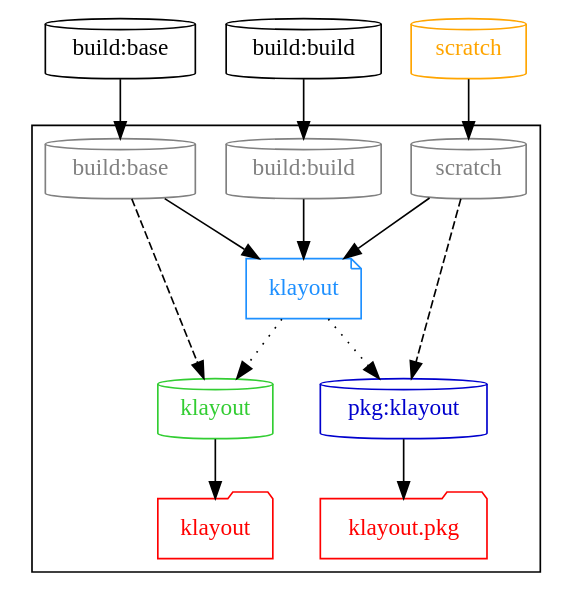
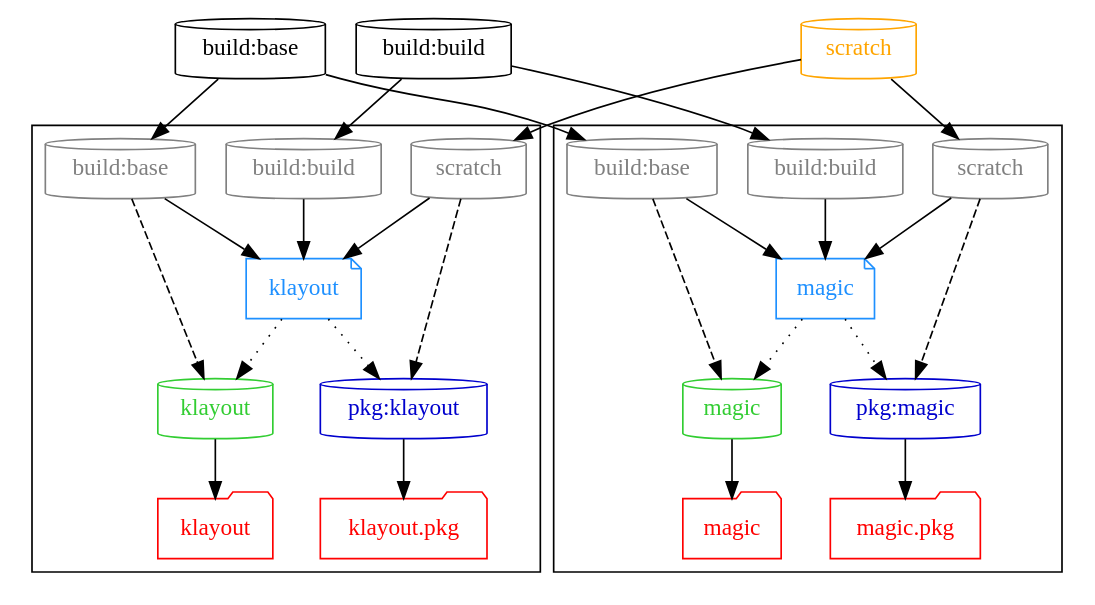
Before and after one commit to hdl/containers: the diagram in graph/asic.dot, drawn with Graphviz. The commit also changed 1 other file, not shown here.

Commit message:
doc: add magic to graphs

```diff
--- a/graph/asic.dot
+++ b/graph/asic.dot
@@ -1,94 +1,126 @@
 # Authors:
 #   Unai Martinez-Corral
 #
 # Copyright 2021 Unai Martinez-Corral <unai.martinezcorral@ehu.eus>
 #
 # Licensed under the Apache License, Version 2.0 (the "License");
 # you may not use this file except in compliance with the License.
 # You may obtain a copy of the License at
 #
 #     http://www.apache.org/licenses/LICENSE-2.0
 #
 # Unless required by applicable law or agreed to in writing, software
 # distributed under the License is distributed on an "AS IS" BASIS,
 # WITHOUT WARRANTIES OR CONDITIONS OF ANY KIND, either express or implied.
 # See the License for the specific language governing permissions and
 # limitations under the License.
 #
 # SPDX-License-Identifier: Apache-2.0
 
 digraph G {
 
   #splines=polyline; #curved
   newrank=true;
 
   # Dockerfiles
 
   { node [shape=note, color=dodgerblue, fontcolor=dodgerblue]
-    d_klayout   [label="klayout"];
+    d_klayout [label="klayout"];
+    d_magic [label="magic"];
   }
 
   # Images
 
   { node [shape=cylinder]
     "build:build"
     "build:base"
     { node [color=limegreen, fontcolor=limegreen]
       "klayout"
+      "magic"
     }
     { node [color=mediumblue, fontcolor=mediumblue]
       "pkg:klayout"
+      "pkg:magic"
     }
   }
 
   # External images
 
   { node [shape=cylinder, color=orange, fontcolor=orange]
     "scratch"
   }
 
   { rank=same
     "build:build"
     "build:base"
     "scratch"
   }
 
   # Workflows
 
   subgraph cluster_klayout {
     { rank=same
       node [shape=cylinder, color=grey, fontcolor=grey]
       "p_klayout_build:build" [label="build:build"]
       "p_klayout_build:base" [label="build:base"]
       "p_klayout_scratch" [label="scratch"]
     }
 
     d_klayout -> {
       "klayout"
       "pkg:klayout"
     } [style=dotted];
 
     {
       node [shape=folder, color=red, fontcolor=red]
       "t_klayout" [label="klayout"];
       "t_pkg:klayout" [label="klayout.pkg"];
     }
 
     "klayout" -> "t_klayout";
     "pkg:klayout" -> "t_pkg:klayout";
   }
 
+  subgraph cluster_magic {
+    { rank=same
+      node [shape=cylinder, color=grey, fontcolor=grey]
+      "p_magic_build:build" [label="build:build"]
+      "p_magic_build:base" [label="build:base"]
+      "p_magic_scratch" [label="scratch"]
+    }
+
+    d_magic -> {
+      "magic"
+      "pkg:magic"
+    } [style=dotted];
+
+    {
+      node [shape=folder, color=red, fontcolor=red]
+      "t_magic" [label="magic"];
+      "t_pkg:magic" [label="magic.pkg"];
+    }
+
+    "magic" -> "t_magic";
+    "pkg:magic" -> "t_pkg:magic";
+  }
+
   # Dockerfile dependencies
 
   "build:build" -> "p_klayout_build:build" -> d_klayout;
   "build:base" -> "p_klayout_build:base" -> d_klayout;
   "scratch" -> "p_klayout_scratch" -> d_klayout;
 
+  "build:build" -> "p_magic_build:build" -> d_magic;
+  "build:base" -> "p_magic_build:base" -> d_magic;
+  "scratch" -> "p_magic_scratch" -> d_magic;
+
   # Image dependencies
 
   { edge [style=dashed]
     "p_klayout_build:base" -> "klayout";
     "p_klayout_scratch" -> "pkg:klayout";
+    "p_magic_build:base" -> "magic";
+    "p_magic_scratch" -> "pkg:magic";
   }
 
 }
```
